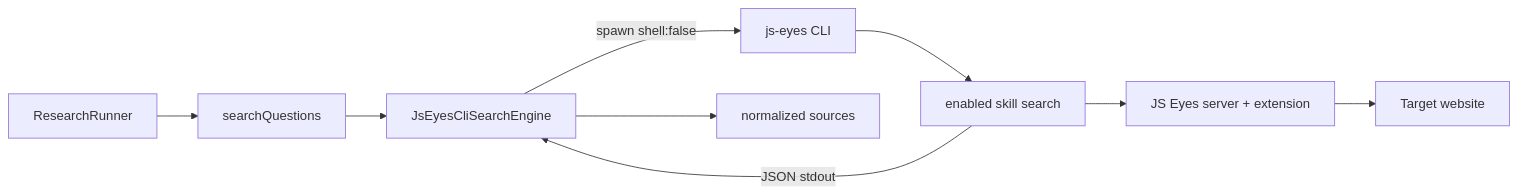
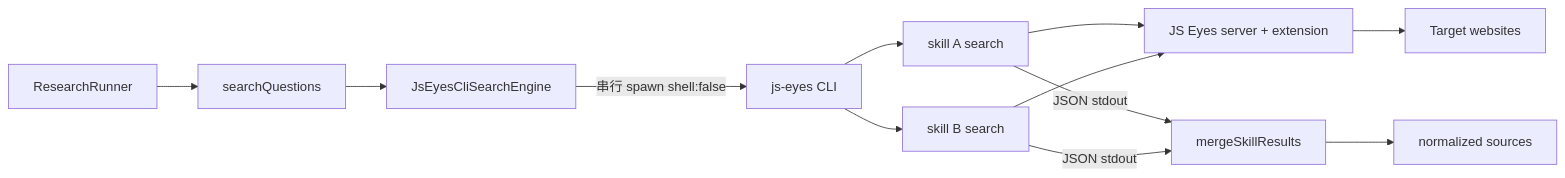
Before and after one commit to imjszhang/js-deepresearch-agent: the diagram in journal/2026-05-25/js-eyes-search-provider.md, drawn with Mermaid. The commit also changed other lines of this file and 7 other files, not shown here.

First line of the commit message:
Implement multi-skill support for JS Eyes search provider

````diff
--- a/journal/2026-05-25/js-eyes-search-provider.md
+++ b/journal/2026-05-25/js-eyes-search-provider.md
@@ -75,11 +77,14 @@
 ```mermaid
 flowchart LR
   ResearchRunner["ResearchRunner"] --> SearchExecutor["searchQuestions"]
   SearchExecutor --> JsEyesProvider["JsEyesCliSearchEngine"]
-  JsEyesProvider -->|"spawn shell:false"| JsEyesCli["js-eyes CLI"]
-  JsEyesCli --> Skill["enabled skill search"]
-  Skill --> Server["JS Eyes server + extension"]
-  Server --> Site["Target website"]
-  Skill -->|"JSON stdout"| JsEyesProvider
-  JsEyesProvider --> Sources["normalized sources"]
+  JsEyesProvider -->|"串行 spawn shell:false"| JsEyesCli["js-eyes CLI"]
+  JsEyesCli --> SkillA["skill A search"]
+  JsEyesCli --> SkillB["skill B search"]
+  SkillA --> Server["JS Eyes server + extension"]
+  SkillB --> Server
+  Server --> Site["Target websites"]
+  SkillA -->|"JSON stdout"| Merge["mergeSkillResults"]
+  SkillB -->|"JSON stdout"| Merge
+  Merge --> Sources["normalized sources"]
 ```
````
